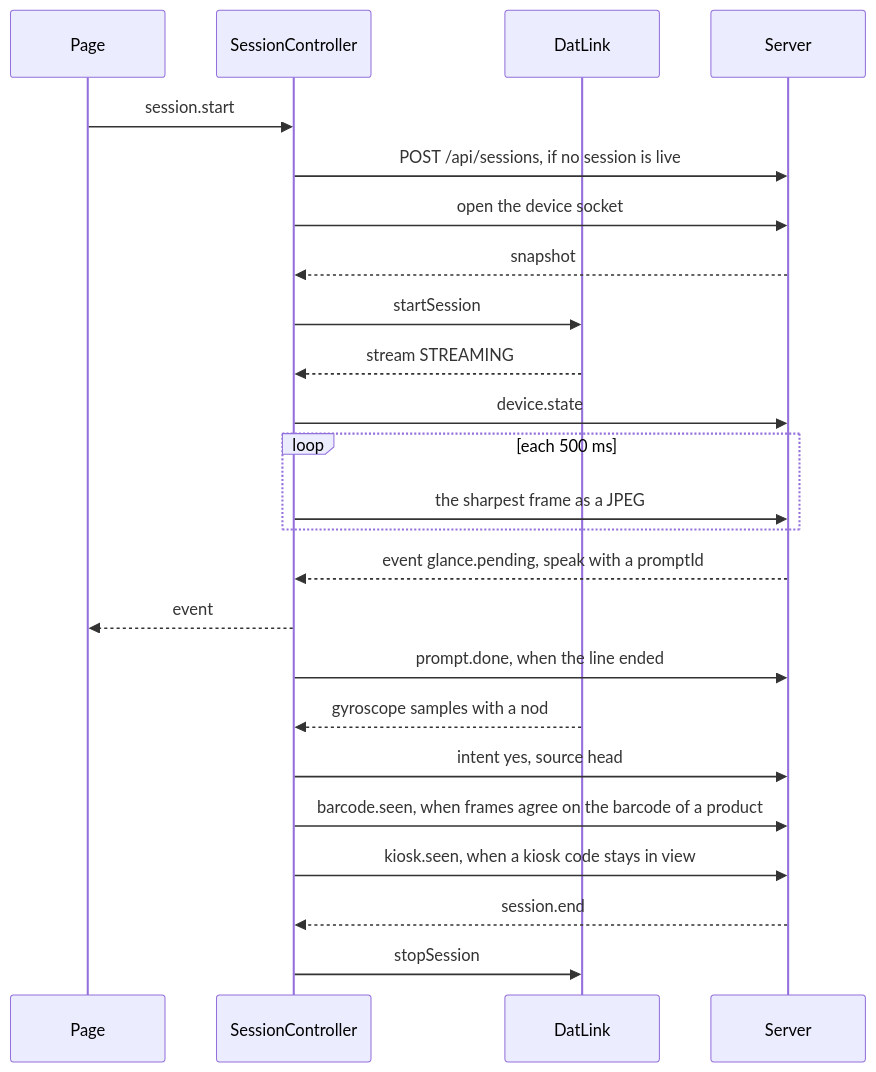
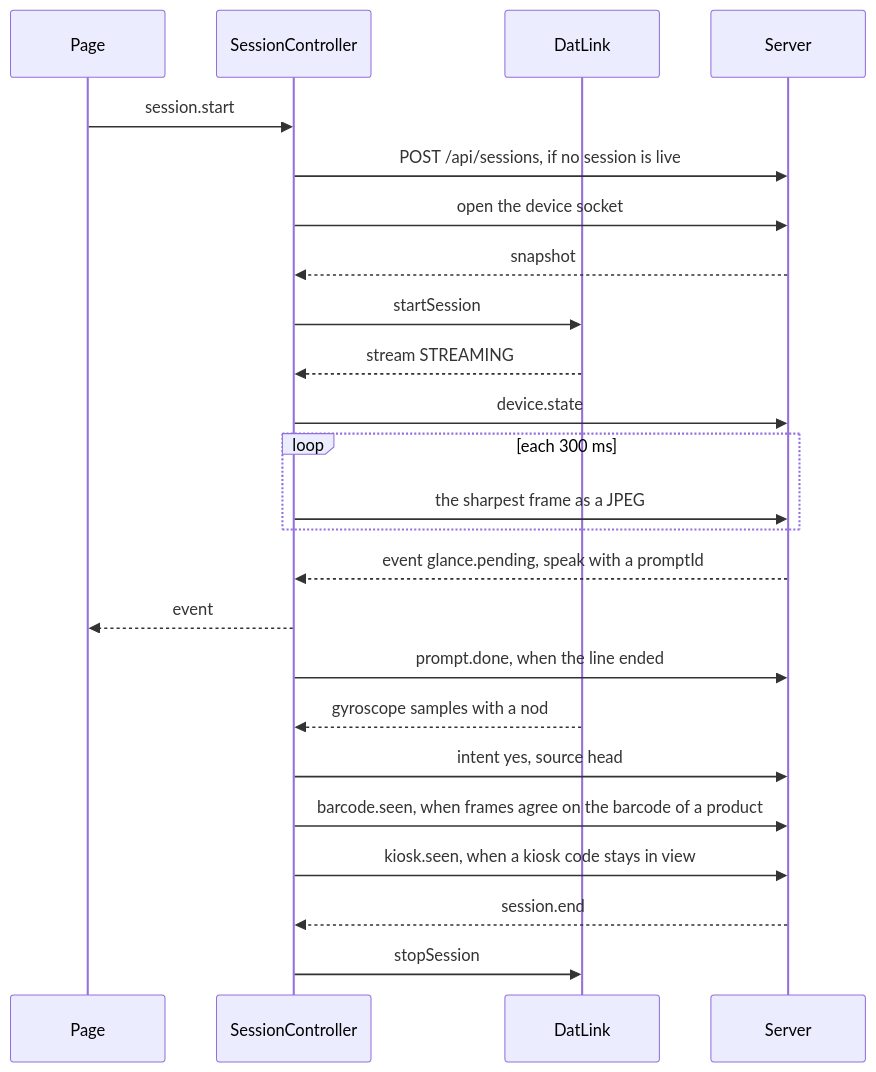
Before and after one commit to mrBymax/glance: the third of 6 diagrams in apps/mobile/android/README.md, drawn with Mermaid. The commit also changed other lines of this file and 12 other files, not shown here.

````diff
--- a/apps/mobile/android/README.md
+++ b/apps/mobile/android/README.md
@@ -113,26 +113,26 @@
 ```mermaid
 sequenceDiagram
     participant Page
     participant App as SessionController
     participant Glasses as DatLink
     participant Server
     Page->>App: session.start
     App->>Server: POST /api/sessions, if no session is live
     App->>Server: open the device socket
     Server-->>App: snapshot
     App->>Glasses: startSession
     Glasses-->>App: stream STREAMING
     App->>Server: device.state
-    loop each 500 ms
+    loop each 300 ms
         App->>Server: the sharpest frame as a JPEG
     end
     Server-->>App: event glance.pending, speak with a promptId
     App-->>Page: event
     App->>Server: prompt.done, when the line ended
     Glasses-->>App: gyroscope samples with a nod
     App->>Server: intent yes, source head
     App->>Server: barcode.seen, when frames agree on the barcode of a product
     App->>Server: kiosk.seen, when a kiosk code stays in view
     Server-->>App: session.end
     App->>Glasses: stopSession
 ```
````
